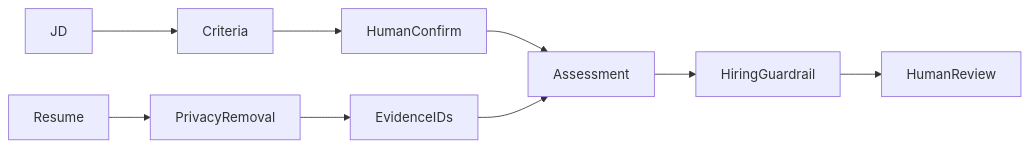
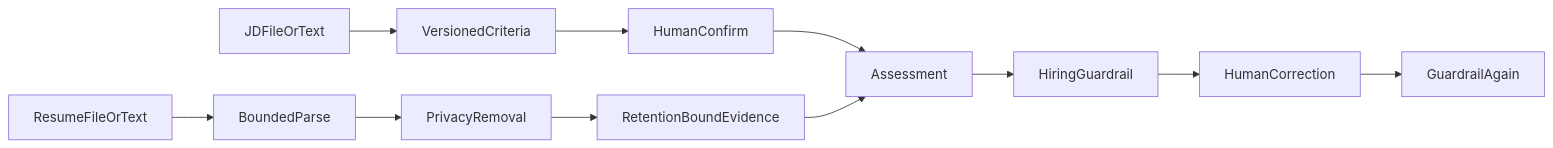
Before and after one commit to qcodingdev/spring-ai-business-copilot: the diagram in modules/resume-copilot/README.md, drawn with Mermaid. The commit also changed other lines of this file and 281 other files, not shown here.

````diff
--- a/modules/resume-copilot/README.md
+++ b/modules/resume-copilot/README.md
@@ -7,6 +7,6 @@
 ```mermaid
 flowchart LR
-    JD --> Criteria --> HumanConfirm
-    Resume --> PrivacyRemoval --> EvidenceIDs
-    HumanConfirm & EvidenceIDs --> Assessment --> HiringGuardrail --> HumanReview
+    JDFileOrText --> VersionedCriteria --> HumanConfirm
+    ResumeFileOrText --> BoundedParse --> PrivacyRemoval --> RetentionBoundEvidence
+    HumanConfirm & RetentionBoundEvidence --> Assessment --> HiringGuardrail --> HumanCorrection --> GuardrailAgain
 ```
````
